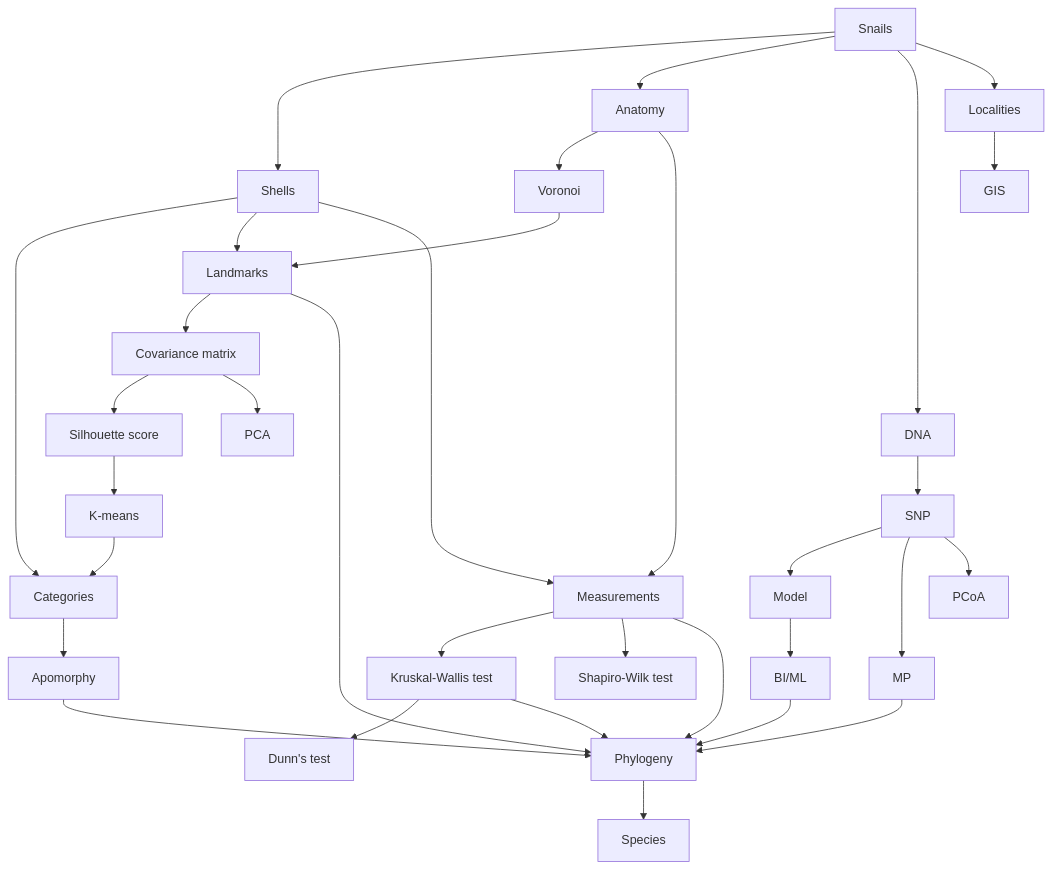
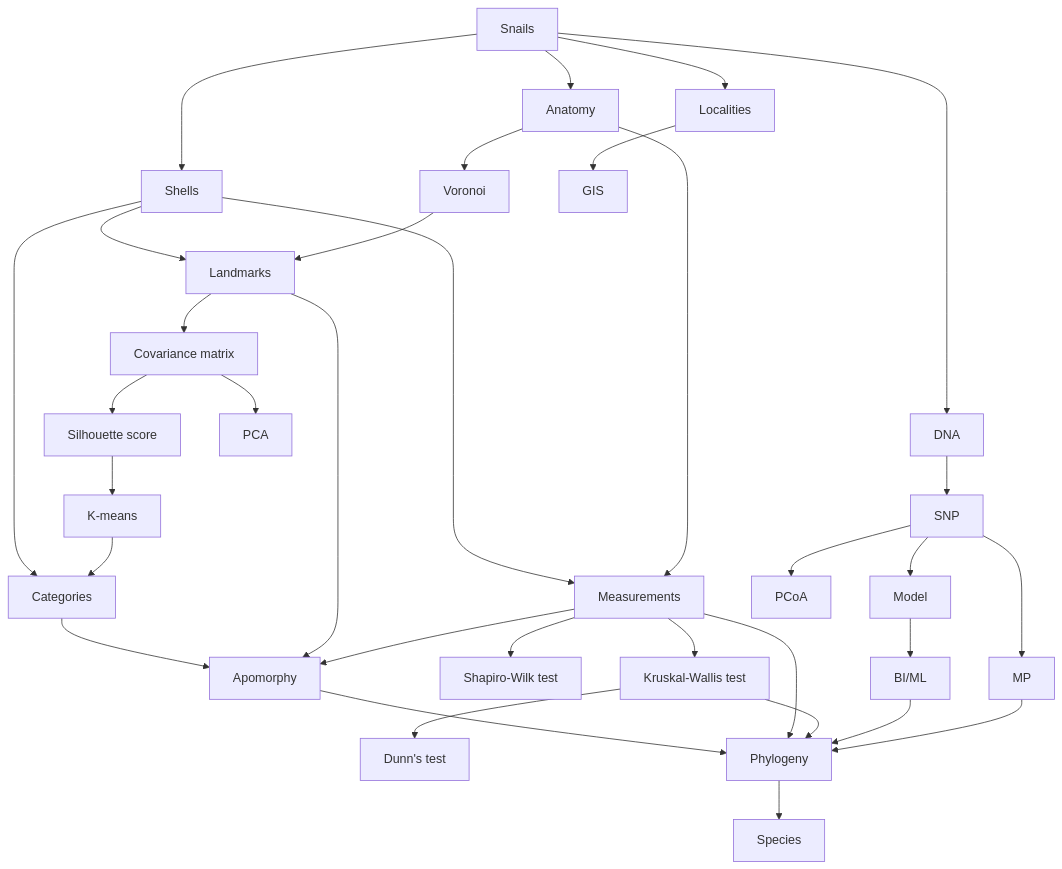
Before and after one commit to starsareintherose/Thersites-Data: the diagram in README.md, drawn with Mermaid.

Commit message:
update: mermaid

````diff
--- a/README.md
+++ b/README.md
@@ -49,42 +49,43 @@
 ```mermaid
 graph TD
     A[Snails] --> B[Shells]
     A --> C[Anatomy]
     A --> D[DNA]
     A --> E[Localities]
 
     B --> B1[Categories]
     B --> B2[Landmarks]
     B --> B4[Measurements]
 
     B2 --> B3[Covariance matrix]
     B3 --> B7[Silhouette score]
     B7 --> B8[K-means]
     B8 --> B1
     B3 --> B5[PCA]
   
     C --> C1[Voronoi]
     C --> B4
     C1 --> B2
 
     B4 --> C2[Kruskal-Wallis test]
     B4 --> B6[Shapiro-Wilk test]
     B1 --> C3[Apomorphy]
     C2 --> C4[Dunn's test]
+    B2 --> C3
+    B4 --> C3
 
     C3 --> F1[Phylogeny]
-    B2 --> F1
     B4 --> F1
     C2 --> F1
 
     D --> D1[SNP]
     D1 --> D2[Model]
     D1 --> D3[MP]
     D2 --> D4[BI/ML]
     D4 --> F1
     D3 --> F1
     D1 --> D5[PCoA]
 
     E --> E1[GIS]
     F1 --> G[Species]
 ```
````
